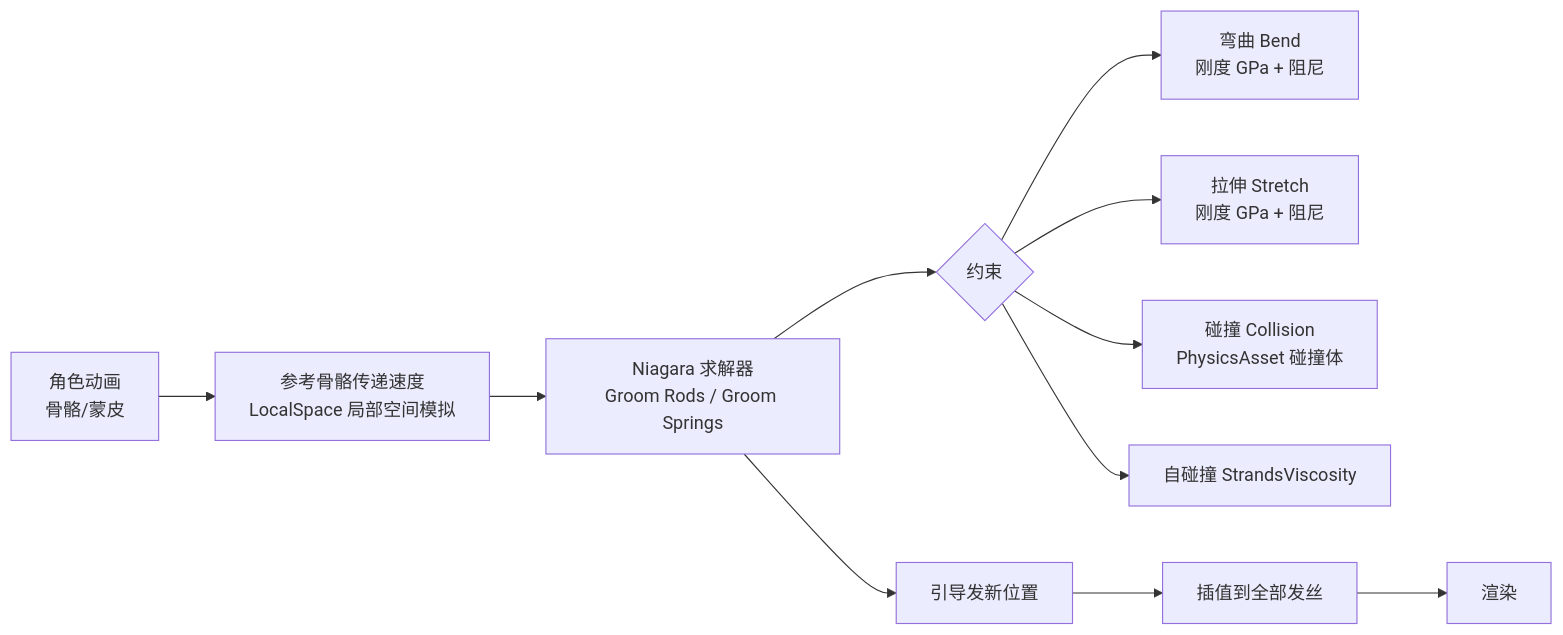
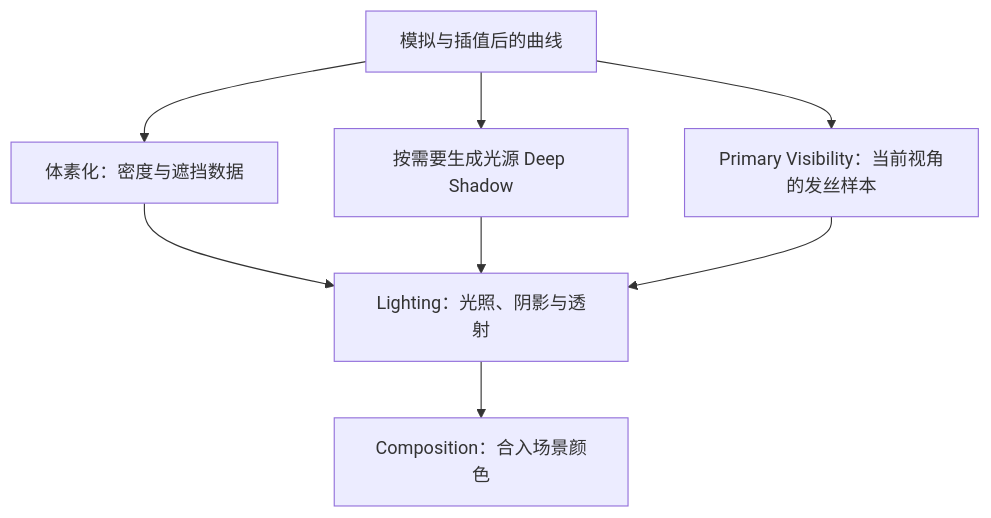
Before and after one commit to fantuan812/learning: the third of 3 diagrams in 知识/04-图形动画与物理仿真/材质地形与世界表现/06-Groom毛发系统.md, drawn with Mermaid. The commit also changed other lines of this file and 1 other file, not shown here.

````diff
--- a/知识/04-图形动画与物理仿真/材质地形与世界表现/06-Groom毛发系统.md
+++ b/知识/04-图形动画与物理仿真/材质地形与世界表现/06-Groom毛发系统.md
@@ -141,13 +129,10 @@
 ```mermaid
-flowchart LR
-    A[角色动画<br/>骨骼/蒙皮] --> B[参考骨骼传递速度<br/>LocalSpace 局部空间模拟]
-    B --> C[Niagara 求解器<br/>Groom Rods / Groom Springs]
-    C --> D{约束}
-    D --> E[弯曲 Bend<br/>刚度 GPa + 阻尼]
-    D --> F[拉伸 Stretch<br/>刚度 GPa + 阻尼]
-    D --> G[碰撞 Collision<br/>PhysicsAsset 碰撞体]
-    D --> H[自碰撞 StrandsViscosity]
-    C --> I[引导发新位置]
-    I --> J[插值到全部发丝]
-    J --> K[渲染]
+flowchart TB
+    A[模拟与插值后的曲线] --> B[体素化：密度与遮挡数据]
+    A --> C[按需要生成光源 Deep Shadow]
+    A --> D[Primary Visibility：当前视角的发丝样本]
+    B --> E[Lighting：光照、阴影与透射]
+    C --> E
+    D --> E
+    E --> F[Composition：合入场景颜色]
 ```
````
